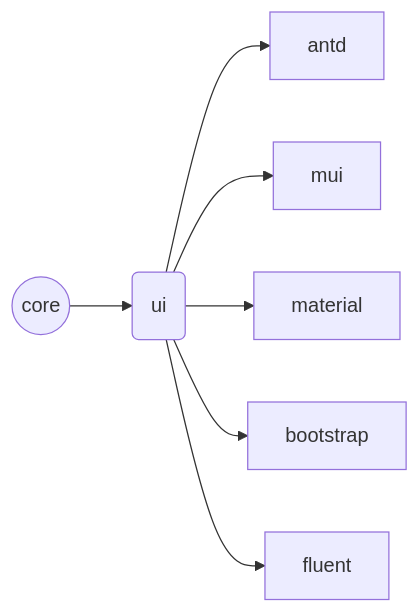
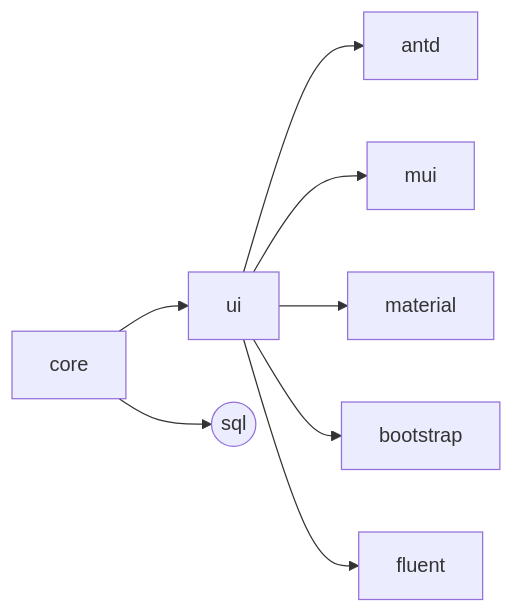
One commit to ukrbublik/react-awesome-query-builder changed the diagram in README.md. Above: the diagram before and after it, drawn with Mermaid. The commit also changed other lines of this file and 113 other files, not shown here.

````diff
--- a/README.md
+++ b/README.md
@@ -106,9 +106,10 @@
 ```mermaid
 graph LR;
-  core((core))-->ui(ui);
+  core-->ui;
+  core-->sql((sql));
   ui-->antd;
   ui-->mui;
   ui-->material;
   ui-->bootstrap;
   ui-->fluent;
 ```
````
